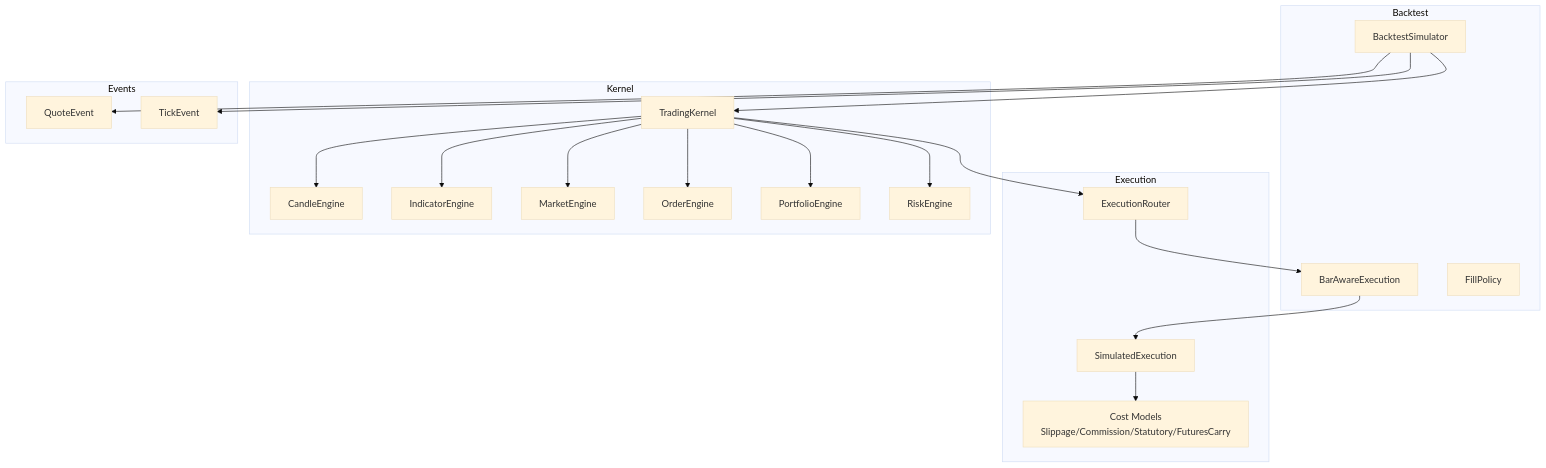
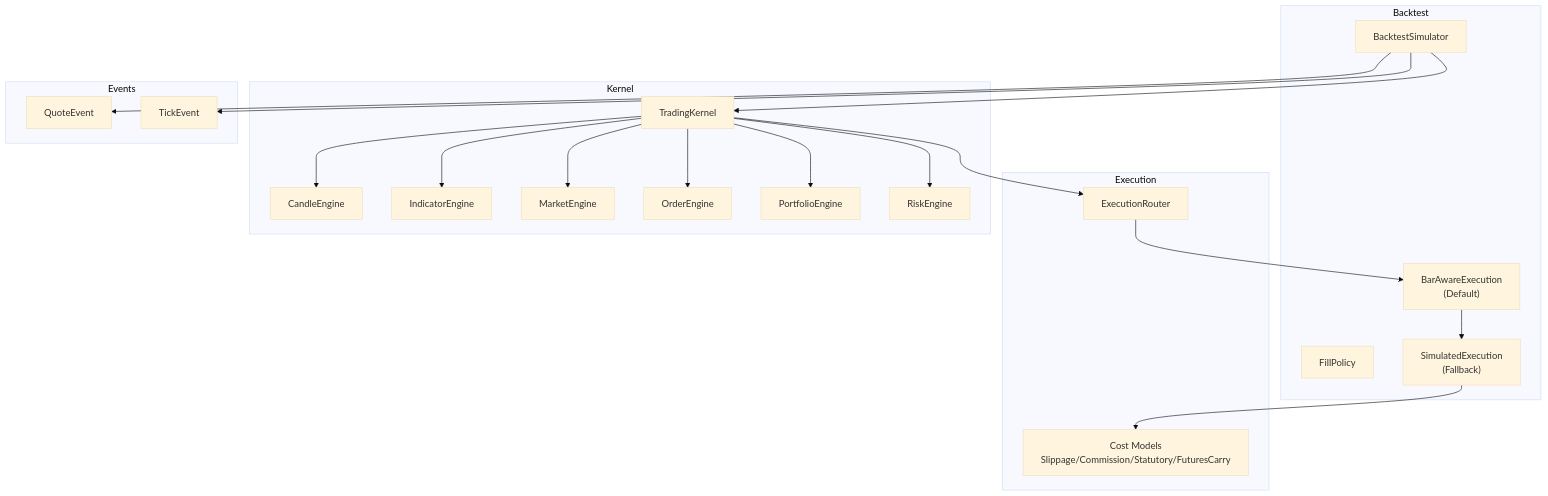
One commit to Ganesh-Kusundal/nTrade changed the first of 7 diagrams in .qoder/repowiki/en/content/Backtesting & Simulation/Backtest Simulator.md. Above: the diagram before and after it, drawn with Mermaid (base theme). The commit also changed other lines of this file and 203 other files, not shown here.

````diff
--- a/.qoder/repowiki/en/content/Backtesting & Simulation/Backtest Simulator.md
+++ b/.qoder/repowiki/en/content/Backtesting & Simulation/Backtest Simulator.md
@@ -42,39 +51,39 @@
 ```mermaid
 graph TB
 subgraph "Backtest"
 BS["BacktestSimulator"]
-FAE["BarAwareExecution"]
+BAE["BarAwareExecution<br/>(Default)"]
 FP["FillPolicy"]
+SE["SimulatedExecution<br/>(Fallback)"]
 end
 subgraph "Execution"
-SE["SimulatedExecution"]
 ER["ExecutionRouter"]
 CM["Cost Models<br/>Slippage/Commission/Statutory/FuturesCarry"]
 end
 subgraph "Kernel"
 TK["TradingKernel"]
 CE["CandleEngine"]
 IE["IndicatorEngine"]
 ME["MarketEngine"]
 OE["OrderEngine"]
 PE["PortfolioEngine"]
 RE["RiskEngine"]
 end
 subgraph "Events"
 Q["QuoteEvent"]
 T["TickEvent"]
 end
 BS --> TK
 TK --> ER
-ER --> FAE
-FAE --> SE
+ER --> BAE
+BAE --> SE
 SE --> CM
 BS --> Q
 BS --> T
 TK --> ME
 TK --> CE
 TK --> IE
 TK --> OE
 TK --> PE
 TK --> RE
 ```
````
